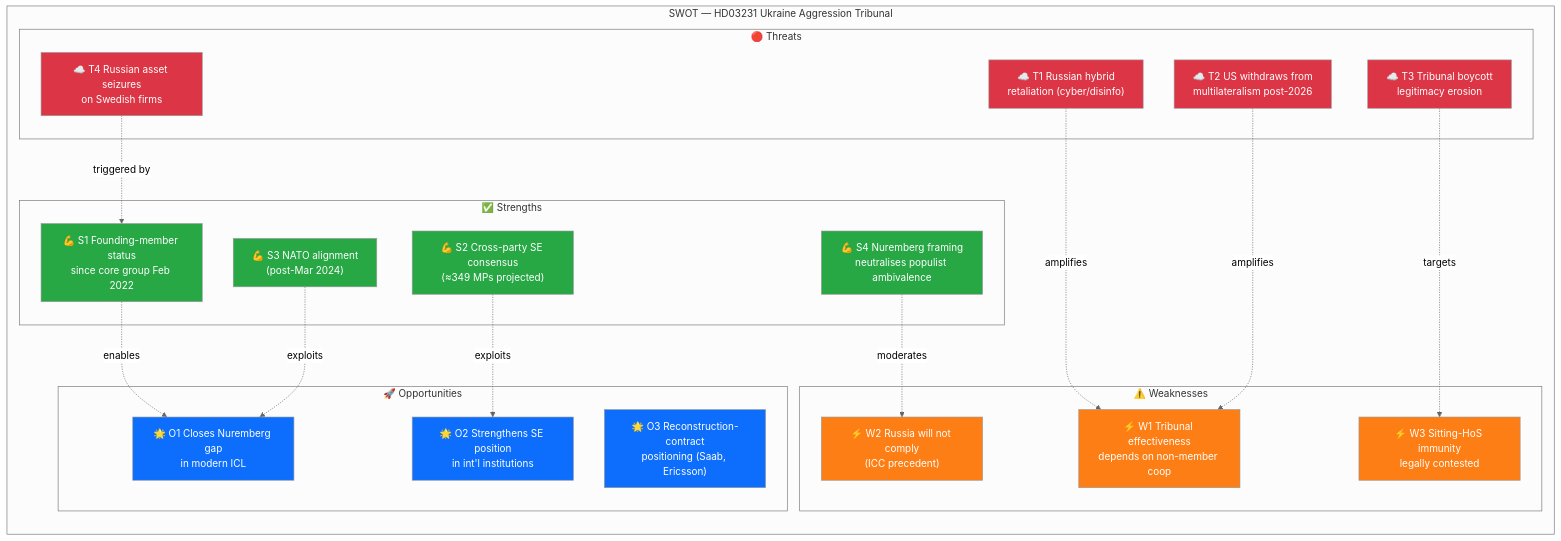
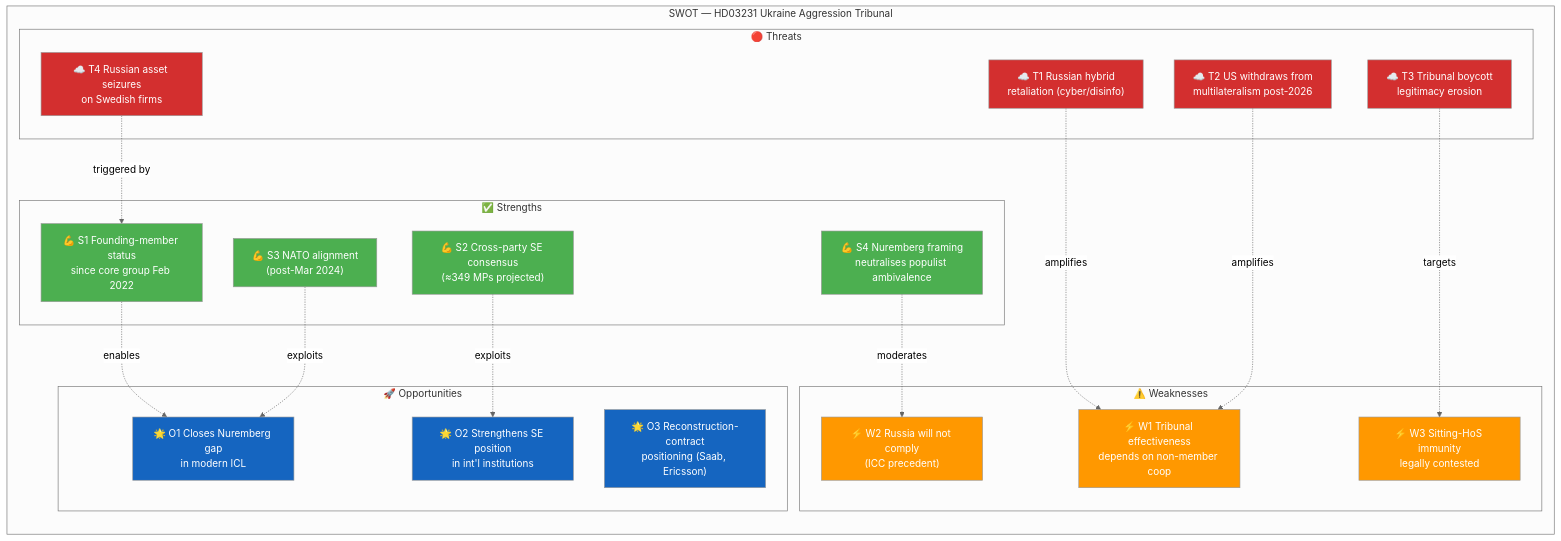
Before and after one commit to Hack23/riksdagsmonitor: the diagram in analysis/daily/2026-04-17/realtime-1434/documents/HD03231-analysis.md, drawn with Mermaid (neutral theme). The commit also changed 785 other files, not shown here.

First line of the commit message:
Normalize mermaid colors across 786 analysis artifacts to ISMS Style Guide palette

````diff
--- a/analysis/daily/2026-04-17/realtime-1434/documents/HD03231-analysis.md
+++ b/analysis/daily/2026-04-17/realtime-1434/documents/HD03231-analysis.md
@@ -86,52 +86,52 @@
 ```mermaid
 graph TD
     subgraph SWOT["SWOT — HD03231 Ukraine Aggression Tribunal"]
         direction TB
         subgraph S["✅ Strengths"]
             S1["💪 S1 Founding-member status<br/>since core group Feb 2022"]
             S2["💪 S2 Cross-party SE consensus<br/>(≈349 MPs projected)"]
             S3["💪 S3 NATO alignment<br/>(post-Mar 2024)"]
             S4["💪 S4 Nuremberg framing<br/>neutralises populist ambivalence"]
         end
         subgraph W["⚠️ Weaknesses"]
             W1["⚡ W1 Tribunal effectiveness<br/>depends on non-member coop"]
             W2["⚡ W2 Russia will not comply<br/>(ICC precedent)"]
             W3["⚡ W3 Sitting-HoS immunity<br/>legally contested"]
         end
         subgraph O["🚀 Opportunities"]
             O1["🌟 O1 Closes Nuremberg gap<br/>in modern ICL"]
             O2["🌟 O2 Strengthens SE position<br/>in int'l institutions"]
             O3["🌟 O3 Reconstruction-contract<br/>positioning (Saab, Ericsson)"]
         end
         subgraph T["🔴 Threats"]
             T1["☁️ T1 Russian hybrid<br/>retaliation (cyber/disinfo)"]
             T2["☁️ T2 US withdraws from<br/>multilateralism post-2026"]
             T3["☁️ T3 Tribunal boycott<br/>legitimacy erosion"]
             T4["☁️ T4 Russian asset seizures<br/>on Swedish firms"]
         end
     end
 
     S1 -.enables.-> O1
     S2 -.exploits.-> O2
     S3 -.exploits.-> O1
     S4 -.moderates.-> W2
     T1 -.amplifies.-> W1
     T2 -.amplifies.-> W1
     T3 -.targets.-> W3
     T4 -.triggered by.-> S1
 
-    style S1 fill:#28a745,color:#fff
-    style S2 fill:#28a745,color:#fff
-    style S3 fill:#28a745,color:#fff
-    style S4 fill:#28a745,color:#fff
-    style W1 fill:#fd7e14,color:#fff
-    style W2 fill:#fd7e14,color:#fff
-    style W3 fill:#fd7e14,color:#fff
-    style O1 fill:#0d6efd,color:#fff
-    style O2 fill:#0d6efd,color:#fff
-    style O3 fill:#0d6efd,color:#fff
-    style T1 fill:#dc3545,color:#fff
-    style T2 fill:#dc3545,color:#fff
-    style T3 fill:#dc3545,color:#fff
-    style T4 fill:#dc3545,color:#fff
+    style S1 fill:#4CAF50,color:#FFFFFF
+    style S2 fill:#4CAF50,color:#FFFFFF
+    style S3 fill:#4CAF50,color:#FFFFFF
+    style S4 fill:#4CAF50,color:#FFFFFF
+    style W1 fill:#FF9800,color:#FFFFFF
+    style W2 fill:#FF9800,color:#FFFFFF
+    style W3 fill:#FF9800,color:#FFFFFF
+    style O1 fill:#1565C0,color:#FFFFFF
+    style O2 fill:#1565C0,color:#FFFFFF
+    style O3 fill:#1565C0,color:#FFFFFF
+    style T1 fill:#D32F2F,color:#FFFFFF
+    style T2 fill:#D32F2F,color:#FFFFFF
+    style T3 fill:#D32F2F,color:#FFFFFF
+    style T4 fill:#D32F2F,color:#FFFFFF
 ```
````
